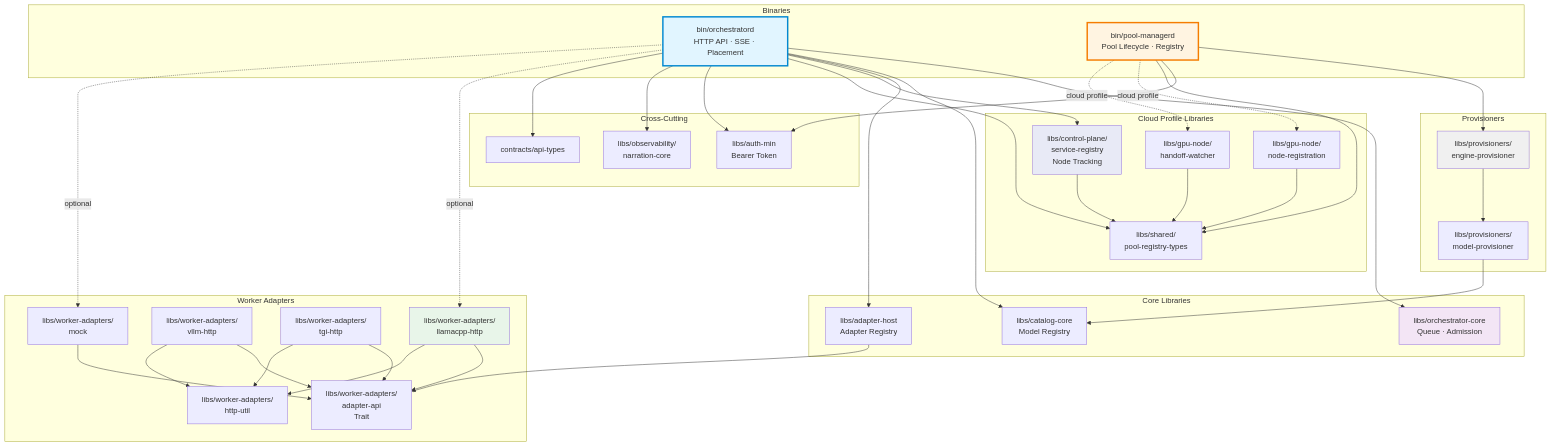
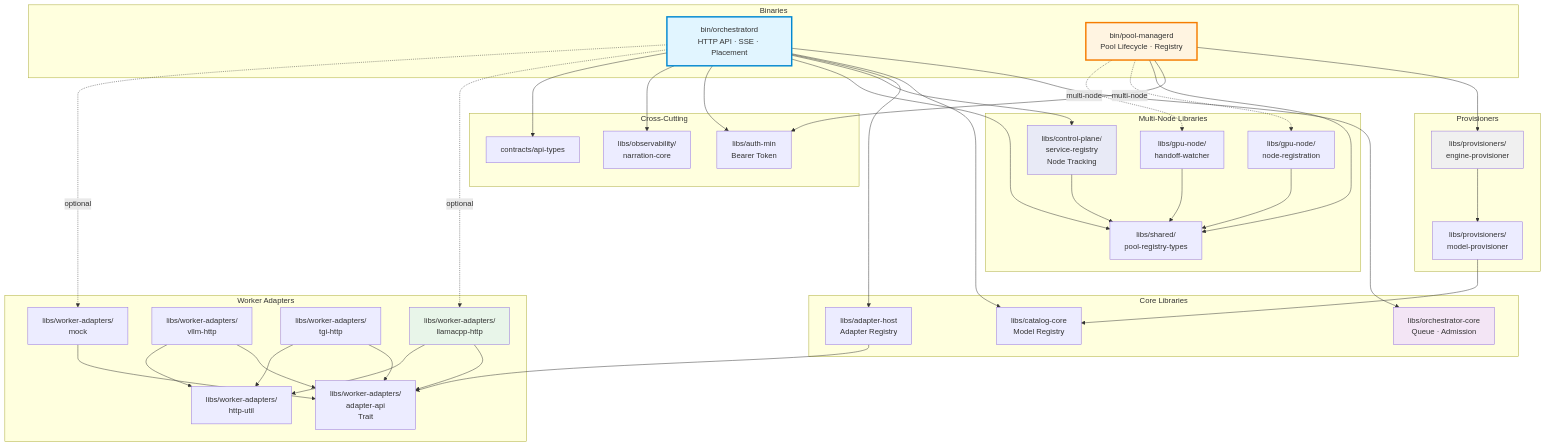
One commit to veighnsche/llama-orch changed the third of 4 diagrams in README.md. Above: the diagram before and after it, drawn with Mermaid. The commit also changed other lines of this file and 5 other files, not shown here.

Commit message:
docs: simplify deployment model by removing HOME/CLOUD profile distinction

```diff
--- a/README.md
+++ b/README.md
@@ -251,7 +249,7 @@
         ADHOST[libs/adapter-host<br/>Adapter Registry]
     end
     
-    subgraph "Cloud Profile Libraries"
+    subgraph "Multi-Node Libraries"
         SREG[libs/control-plane/<br/>service-registry<br/>Node Tracking]
         NODEREG[libs/gpu-node/<br/>node-registration]
         HANDOFF[libs/gpu-node/<br/>handoff-watcher]
@@ -294,8 +292,8 @@
     POOLD --> ENGPROV
     POOLD --> AUTH
     POOLD --> POOLTYPES
-    POOLD -.->|cloud profile| NODEREG
-    POOLD -.->|cloud profile| HANDOFF
+    POOLD -.->|multi-node| NODEREG
+    POOLD -.->|multi-node| HANDOFF
     
     %% adapter-host dependencies
     ADHOST --> ADAPIAPI
@@ -313,7 +311,7 @@
     ENGPROV --> MODPROV
     MODPROV --> CATALOG
     
-    %% cloud profile dependencies
+    %% multi-node dependencies
     SREG --> POOLTYPES
     NODEREG --> POOLTYPES
     HANDOFF --> POOLTYPES
```
